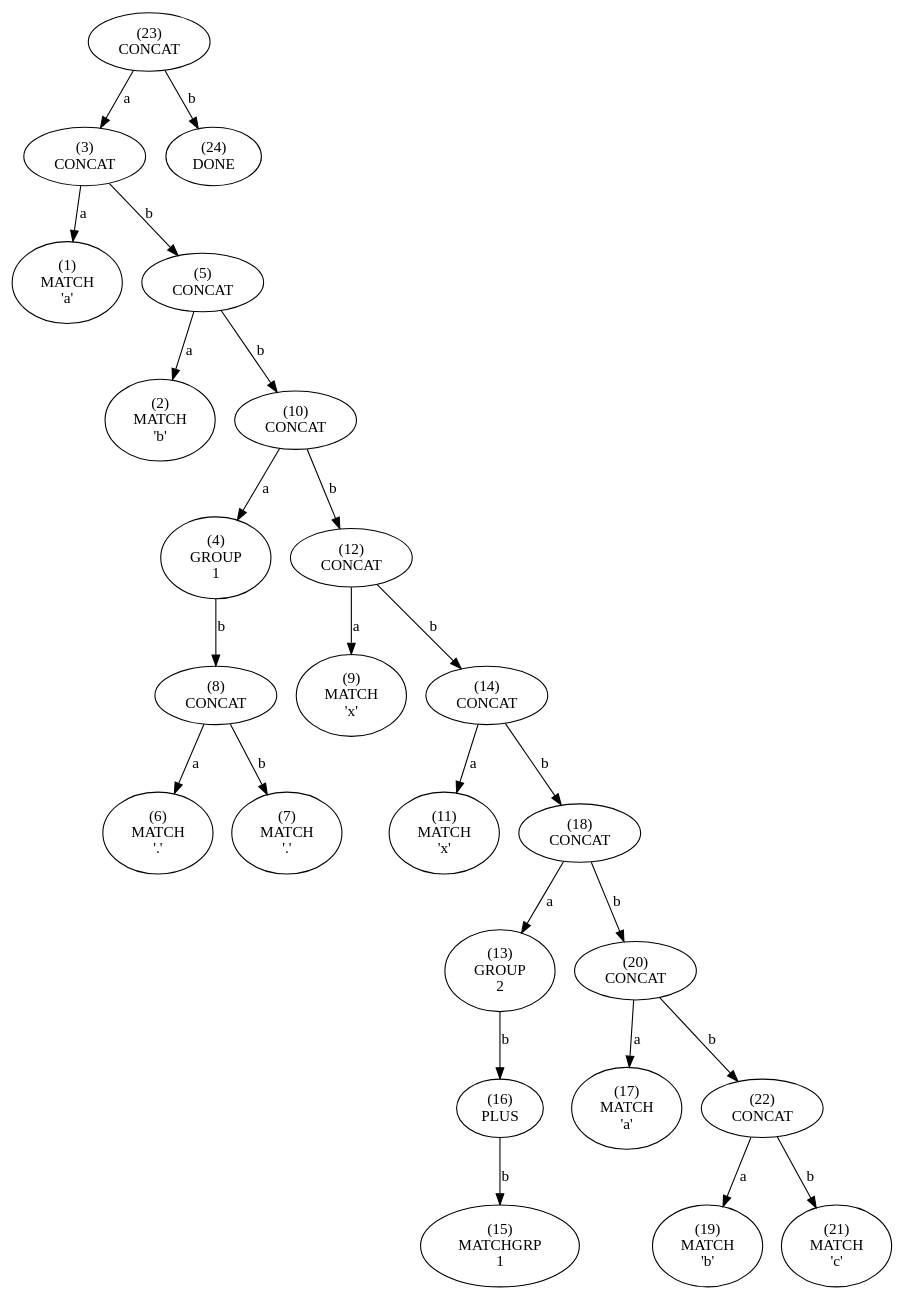
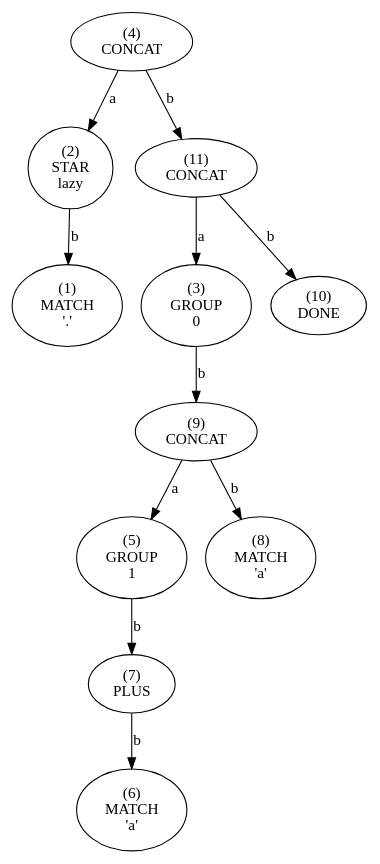
The diagram in tree.dot (essele/rele), drawn with Graphviz before and after one commit. The commit also changed 5 other files, not shown here.

```diff
--- a/tree.dot
+++ b/tree.dot
@@ -1,97 +1,45 @@
 digraph tree {
-    n0xb0521d28d590 [label="(23)
+    n0xc19a6b425330 [label="(4)
 CONCAT
 "];
-    n0xb0521d28d590 -> n0xb0521d28d310 [label="a"];
-    n0xb0521d28d310 [label="(3)
+    n0xc19a6b425330 -> n0xc19a6b4252f0 [label="a"];
+    n0xc19a6b4252f0 [label="(2)
+STAR
+lazy"];
+    n0xc19a6b4252f0 -> n0xc19a6b4252d0 [label="b"];
+    n0xc19a6b4252d0 [label="(1)
+MATCH
+'.'"];
+    n0xc19a6b425330 -> n0xc19a6b425410 [label="b"];
+    n0xc19a6b425410 [label="(11)
 CONCAT
 "];
-    n0xb0521d28d310 -> n0xb0521d28d2d0 [label="a"];
-    n0xb0521d28d2d0 [label="(1)
+    n0xc19a6b425410 -> n0xc19a6b425310 [label="a"];
+    n0xc19a6b425310 [label="(3)
+GROUP
+0"];
+    n0xc19a6b425310 -> n0xc19a6b4253d0 [label="b"];
+    n0xc19a6b4253d0 [label="(9)
+CONCAT
+"];
+    n0xc19a6b4253d0 -> n0xc19a6b425350 [label="a"];
+    n0xc19a6b425350 [label="(5)
+GROUP
+1"];
+    n0xc19a6b425350 -> n0xc19a6b425390 [label="b"];
+    n0xc19a6b425390 [label="(7)
+PLUS
+"];
+    n0xc19a6b425390 -> n0xc19a6b425370 [label="b"];
+    n0xc19a6b425370 [label="(6)
 MATCH
 'a'"];
-    n0xb0521d28d310 -> n0xb0521d28d350 [label="b"];
-    n0xb0521d28d350 [label="(5)
-CONCAT
-"];
-    n0xb0521d28d350 -> n0xb0521d28d2f0 [label="a"];
-    n0xb0521d28d2f0 [label="(2)
-MATCH
-'b'"];
-    n0xb0521d28d350 -> n0xb0521d28d3f0 [label="b"];
-    n0xb0521d28d3f0 [label="(10)
-CONCAT
-"];
-    n0xb0521d28d3f0 -> n0xb0521d28d330 [label="a"];
-    n0xb0521d28d330 [label="(4)
-GROUP
-1"];
-    n0xb0521d28d330 -> n0xb0521d28d3b0 [label="b"];
-    n0xb0521d28d3b0 [label="(8)
-CONCAT
-"];
-    n0xb0521d28d3b0 -> n0xb0521d28d370 [label="a"];
-    n0xb0521d28d370 [label="(6)
-MATCH
-'.'"];
-    n0xb0521d28d3b0 -> n0xb0521d28d390 [label="b"];
-    n0xb0521d28d390 [label="(7)
-MATCH
-'.'"];
-    n0xb0521d28d3f0 -> n0xb0521d28d430 [label="b"];
-    n0xb0521d28d430 [label="(12)
-CONCAT
-"];
-    n0xb0521d28d430 -> n0xb0521d28d3d0 [label="a"];
-    n0xb0521d28d3d0 [label="(9)
-MATCH
-'x'"];
-    n0xb0521d28d430 -> n0xb0521d28d470 [label="b"];
-    n0xb0521d28d470 [label="(14)
-CONCAT
-"];
-    n0xb0521d28d470 -> n0xb0521d28d410 [label="a"];
-    n0xb0521d28d410 [label="(11)
-MATCH
-'x'"];
-    n0xb0521d28d470 -> n0xb0521d28d4f0 [label="b"];
-    n0xb0521d28d4f0 [label="(18)
-CONCAT
-"];
-    n0xb0521d28d4f0 -> n0xb0521d28d450 [label="a"];
-    n0xb0521d28d450 [label="(13)
-GROUP
-2"];
-    n0xb0521d28d450 -> n0xb0521d28d4b0 [label="b"];
-    n0xb0521d28d4b0 [label="(16)
-PLUS
-"];
-    n0xb0521d28d4b0 -> n0xb0521d28d490 [label="b"];
-    n0xb0521d28d490 [label="(15)
-MATCHGRP
-1"];
-    n0xb0521d28d4f0 -> n0xb0521d28d530 [label="b"];
-    n0xb0521d28d530 [label="(20)
-CONCAT
-"];
-    n0xb0521d28d530 -> n0xb0521d28d4d0 [label="a"];
-    n0xb0521d28d4d0 [label="(17)
+    n0xc19a6b4253d0 -> n0xc19a6b4253b0 [label="b"];
+    n0xc19a6b4253b0 [label="(8)
 MATCH
 'a'"];
-    n0xb0521d28d530 -> n0xb0521d28d570 [label="b"];
-    n0xb0521d28d570 [label="(22)
-CONCAT
-"];
-    n0xb0521d28d570 -> n0xb0521d28d510 [label="a"];
-    n0xb0521d28d510 [label="(19)
-MATCH
-'b'"];
-    n0xb0521d28d570 -> n0xb0521d28d550 [label="b"];
-    n0xb0521d28d550 [label="(21)
-MATCH
-'c'"];
-    n0xb0521d28d590 -> n0xb0521d28d5b0 [label="b"];
-    n0xb0521d28d5b0 [label="(24)
+    n0xc19a6b425410 -> n0xc19a6b4253f0 [label="b"];
+    n0xc19a6b4253f0 [label="(10)
 DONE
 "];
 }
```
